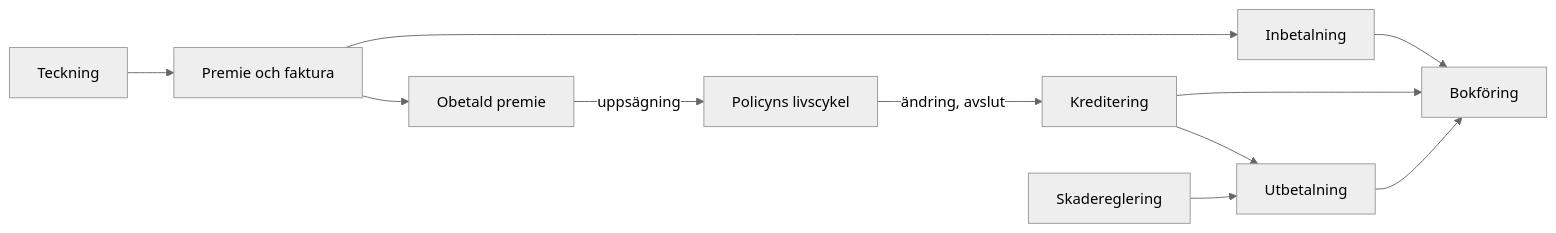
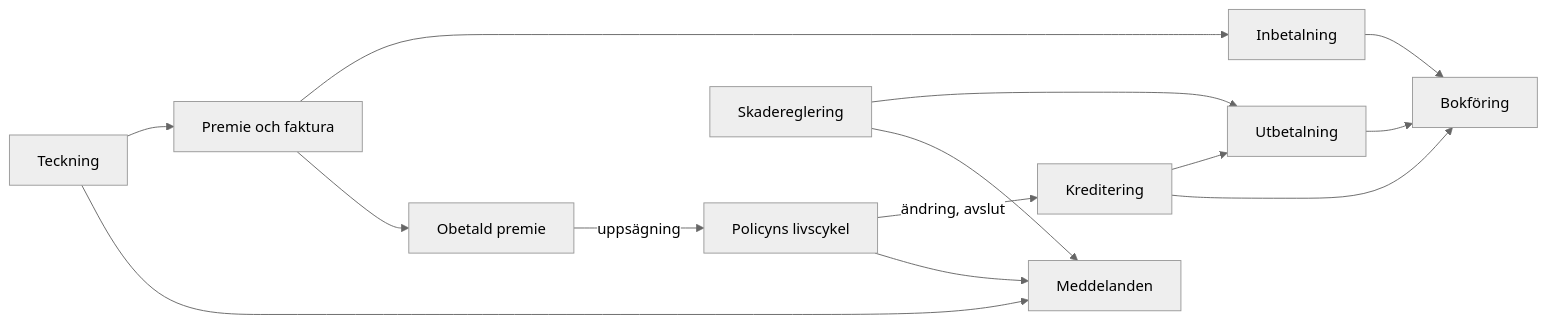
One commit to AntonAasvold/petvold changed the diagram in docs/processer/README.md. Above: the diagram before and after it, drawn with Mermaid (neutral theme). The commit also changed other lines of this file and 9 other files, not shown here.

````diff
--- a/docs/processer/README.md
+++ b/docs/processer/README.md
@@ -22,13 +27,16 @@
 ```mermaid
 flowchart LR
     T[Teckning] --> P[Premie och faktura]
     P --> B[Inbetalning]
     P --> O[Obetald premie]
     O -->|uppsägning| L[Policyns livscykel]
     L -->|ändring, avslut| K[Kreditering]
     K --> U[Utbetalning]
     S[Skadereglering] --> U
+    T --> M[Meddelanden]
+    L --> M
+    S --> M
     B --> Bok[Bokföring]
     K --> Bok
     U --> Bok
 ```
````
